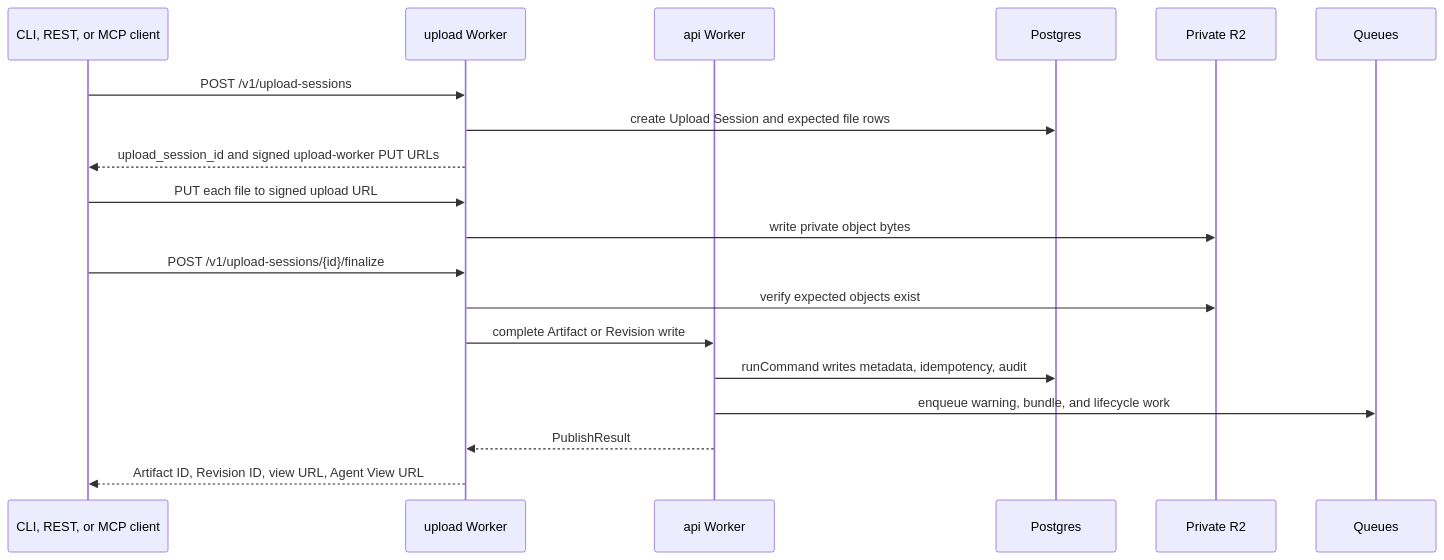
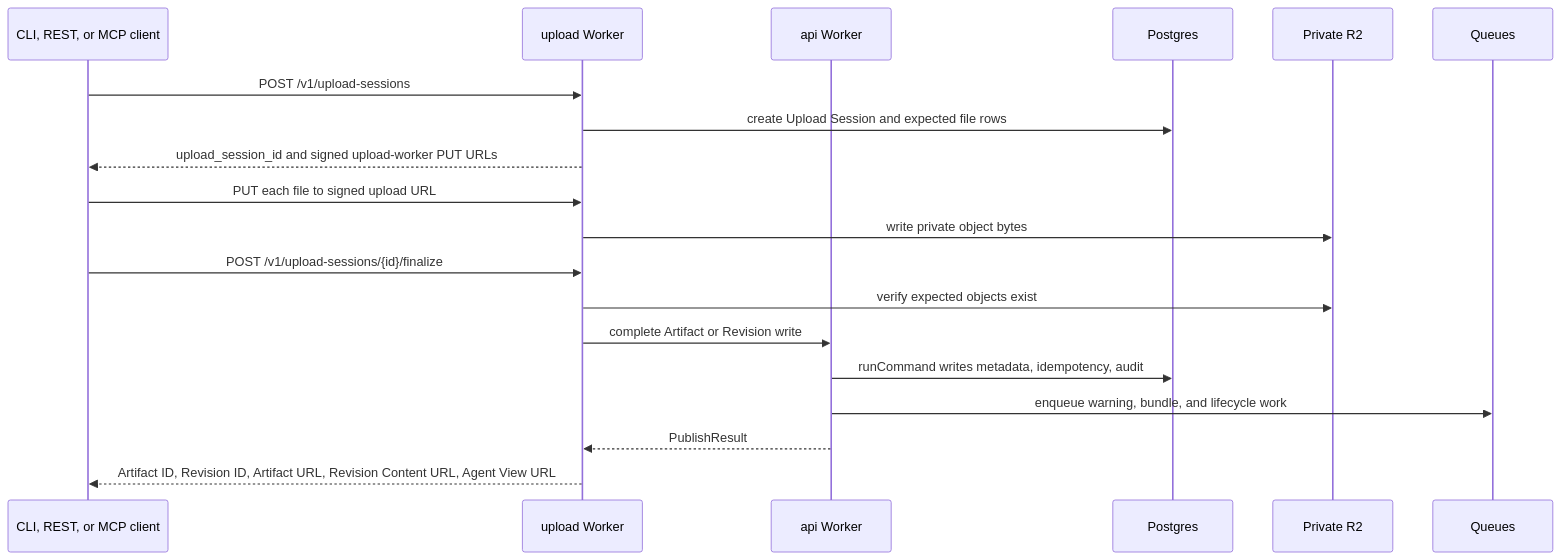
One commit to zaks-io/agent-paste changed the second of 5 diagrams in docs/specs/architecture.md. Above: the diagram before and after it, drawn with Mermaid. The commit also changed other lines of this file and 61 other files, not shown here.

First line of the commit message:
Make Artifact URL the default live publish handoff

````diff
--- a/docs/specs/architecture.md
+++ b/docs/specs/architecture.md
@@ -89,22 +89,22 @@
 ```mermaid
 sequenceDiagram
   participant C as CLI, REST, or MCP client
   participant U as upload Worker
   participant A as api Worker
   participant P as Postgres
   participant R as Private R2
   participant Q as Queues
 
   C->>U: POST /v1/upload-sessions
   U->>P: create Upload Session and expected file rows
   U-->>C: upload_session_id and signed upload-worker PUT URLs
   C->>U: PUT each file to signed upload URL
   U->>R: write private object bytes
   C->>U: POST /v1/upload-sessions/{id}/finalize
   U->>R: verify expected objects exist
   U->>A: complete Artifact or Revision write
   A->>P: runCommand writes metadata, idempotency, audit
   A->>Q: enqueue warning, bundle, and lifecycle work
   A-->>U: PublishResult
-  U-->>C: Artifact ID, Revision ID, view URL, Agent View URL
+  U-->>C: Artifact ID, Revision ID, Artifact URL, Revision Content URL, Agent View URL
 ```
````
